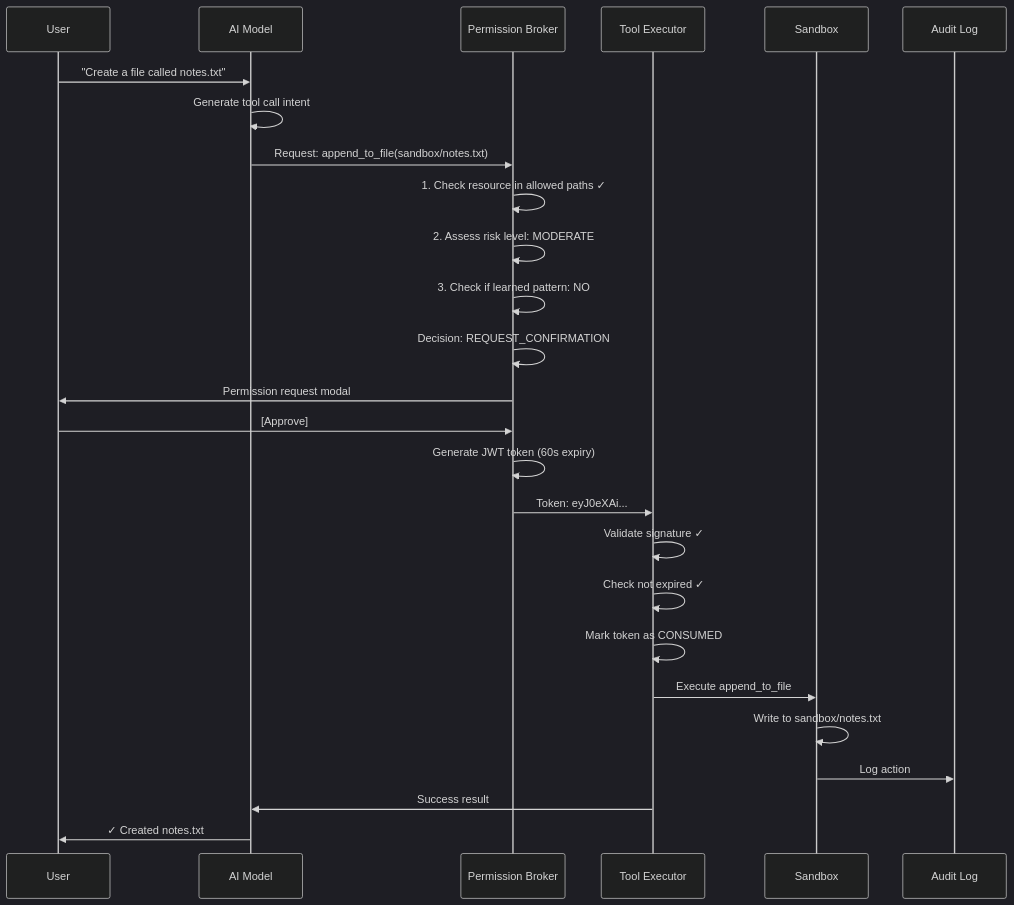
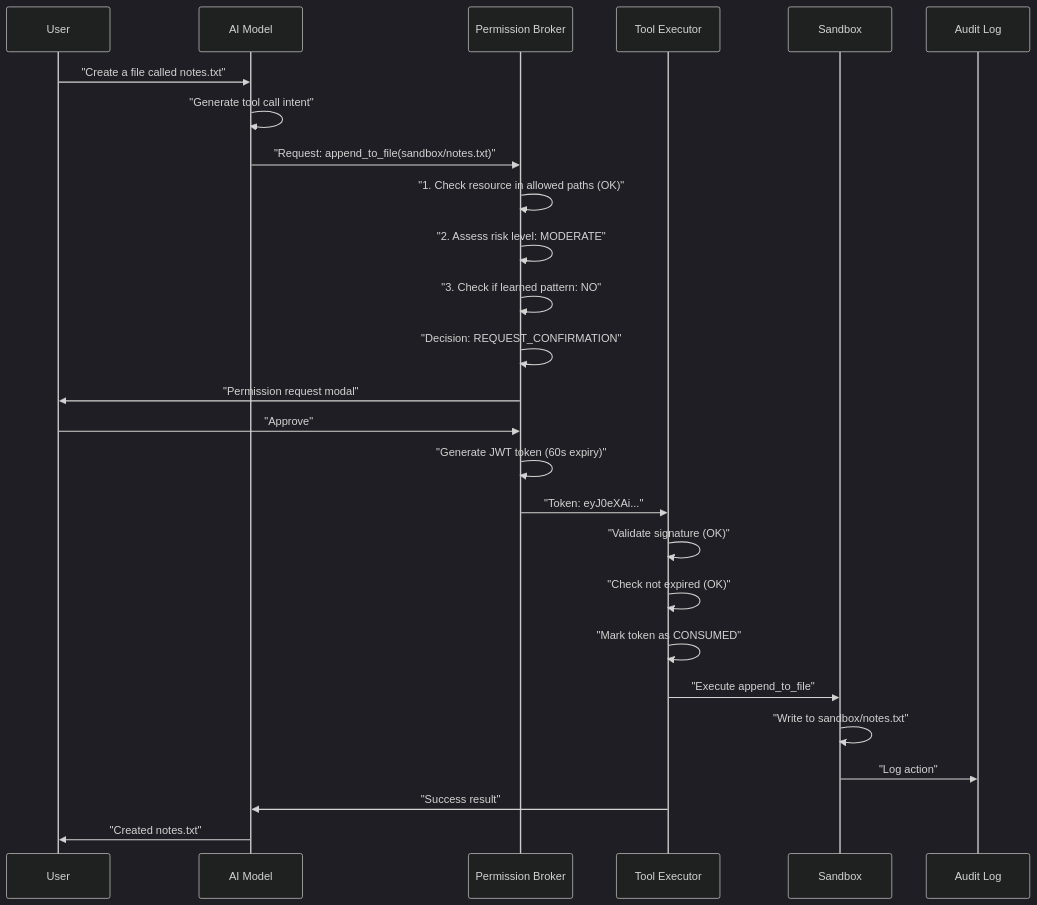
The second of 2 diagrams in README.md (anandkrshnn/local-agent), drawn with Mermaid (dark theme) before and after one commit. The commit also changed other lines of this file and 48 other files, not shown here.

````diff
--- a/README.md
+++ b/README.md
@@ -125,35 +133,35 @@
 ```mermaid
 sequenceDiagram
     participant U as User
     participant M as AI Model
     participant B as Permission Broker
     participant E as Tool Executor
     participant S as Sandbox
     participant A as Audit Log
 
     U->>M: "Create a file called notes.txt"
-    M->>M: Generate tool call intent
-    M->>B: Request: append_to_file(sandbox/notes.txt)
+    M->>M: "Generate tool call intent"
+    M->>B: "Request: append_to_file(sandbox/notes.txt)"
     
-    B->>B: 1. Check resource in allowed paths ✓
-    B->>B: 2. Assess risk level: MODERATE
-    B->>B: 3. Check if learned pattern: NO
-    B->>B: Decision: REQUEST_CONFIRMATION
+    B->>B: "1. Check resource in allowed paths (OK)"
+    B->>B: "2. Assess risk level: MODERATE"
+    B->>B: "3. Check if learned pattern: NO"
+    B->>B: "Decision: REQUEST_CONFIRMATION"
     
-    B->>U: Permission request modal
-    U->>B: [Approve]
+    B->>U: "Permission request modal"
+    U->>B: "Approve"
     
-    B->>B: Generate JWT token (60s expiry)
-    B->>E: Token: eyJ0eXAi...
+    B->>B: "Generate JWT token (60s expiry)"
+    B->>E: "Token: eyJ0eXAi..."
     
-    E->>E: Validate signature ✓
-    E->>E: Check not expired ✓
-    E->>E: Mark token as CONSUMED
+    E->>E: "Validate signature (OK)"
+    E->>E: "Check not expired (OK)"
+    E->>E: "Mark token as CONSUMED"
     
-    E->>S: Execute append_to_file
-    S->>S: Write to sandbox/notes.txt
-    S->>A: Log action
+    E->>S: "Execute append_to_file"
+    S->>S: "Write to sandbox/notes.txt"
+    S->>A: "Log action"
     
-    E->>M: Success result
-    M->>U: ✓ Created notes.txt
+    E->>M: "Success result"
+    M->>U: "Created notes.txt"
 ```
````
